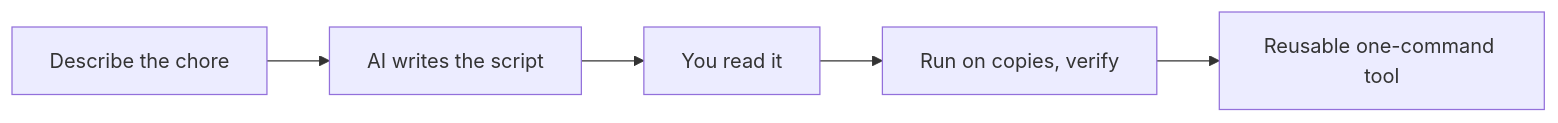
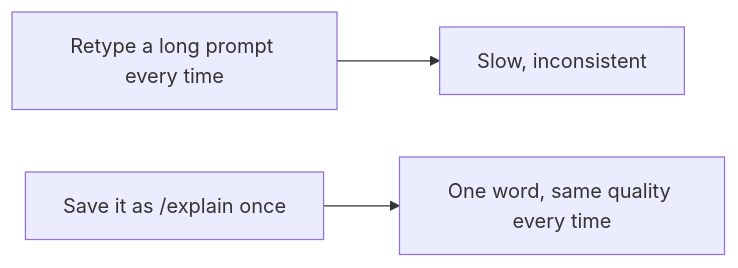
Before and after one commit to KakkoiDev/izumo-io: the diagram in docs/ja/lessons/a08.md, drawn with Mermaid. The commit also changed other lines of this file and 68 other files, not shown here.

````diff
--- a/docs/ja/lessons/a08.md
+++ b/docs/ja/lessons/a08.md
@@ -33,7 +40,5 @@
 ```mermaid
 flowchart LR
-    A[Describe the chore] --> B[AI writes the script]
-    B --> C[You read it]
-    C --> D[Run on copies, verify]
-    D --> E[Reusable one-command tool]
+    A[Retype a long prompt every time] --> B[Slow, inconsistent]
+    C["Save it as /explain once"] --> D[One word, same quality every time]
 ```
````
